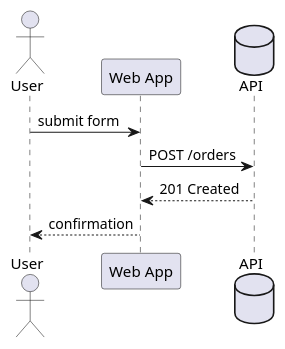
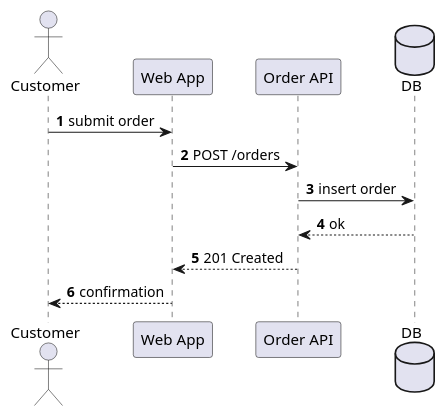
One commit to PromptExecution/kr0ki changed the second of 2 diagrams in containers/kr0ki-storyb00k-agent/skills/types/sequence.md. Above: the diagram before and after it, drawn with PlantUML. The commit also changed other lines of this file and 43 other files, not shown here.

````diff
--- a/containers/kr0ki-storyb00k-agent/skills/types/sequence.md
+++ b/containers/kr0ki-storyb00k-agent/skills/types/sequence.md
@@ -16,11 +51,15 @@
 ```plantuml
 @startuml
-actor User
-participant "Web App" as app
-database "API" as api
-User -> app: submit form
-app -> api: POST /orders
-api --> app: 201 Created
-app --> User: confirmation
+actor Customer
+participant "Web App" as web
+participant "Order API" as api
+database DB
+autonumber
+Customer -> web : submit order
+web -> api : POST /orders
+api -> DB : insert order
+DB --> api : ok
+api --> web : 201 Created
+web --> Customer : confirmation
 @enduml
 ```
````
